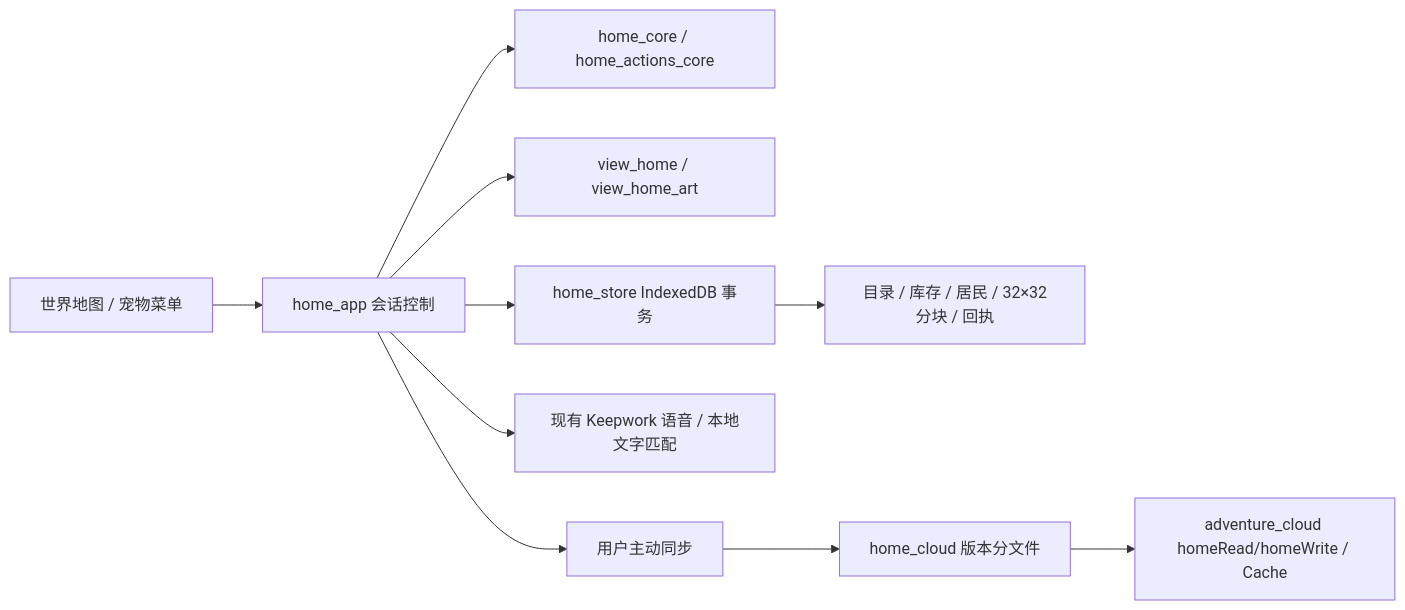
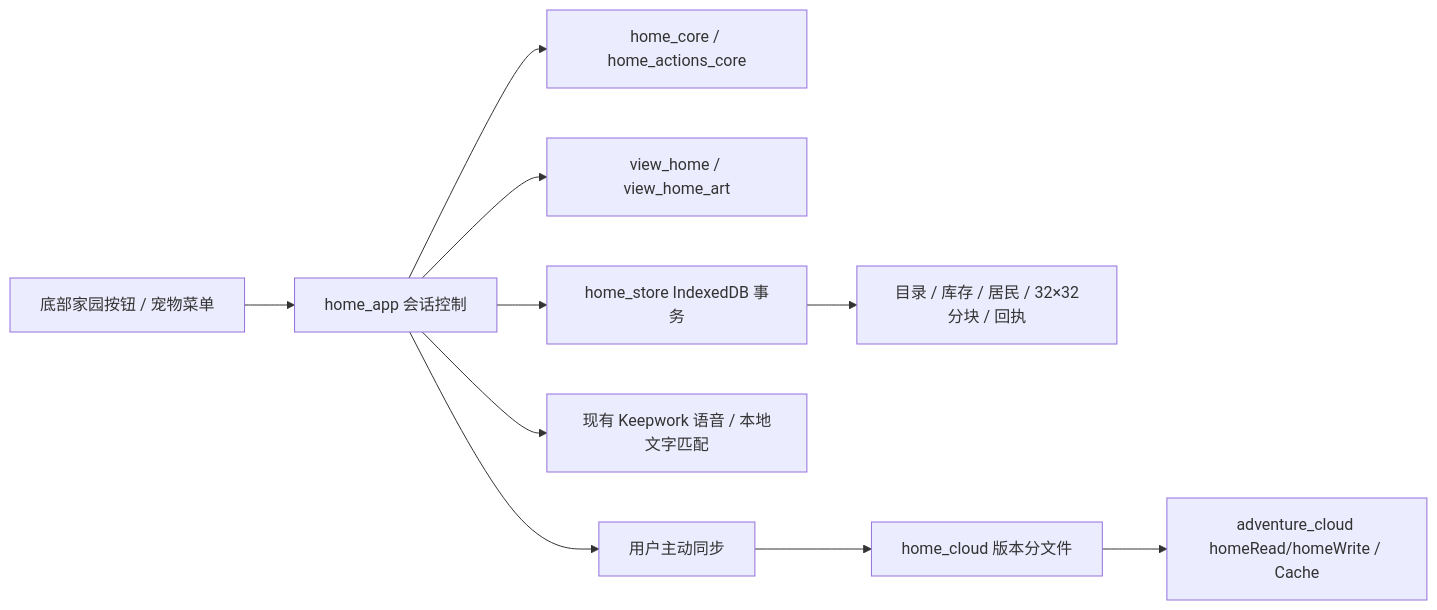
Before and after one commit to LiXizhi/HaqiWebTools: diagram 41 of 45 in HaqiCombatSim/docs/architecture.md, drawn with Mermaid. The commit also changed other lines of this file and 51 other files, not shown here.

````diff
--- a/HaqiCombatSim/docs/architecture.md
+++ b/HaqiCombatSim/docs/architecture.md
@@ -1192,12 +1192,12 @@
 ```mermaid
 flowchart LR
-    Entry[世界地图 / 宠物菜单] --> App[home_app 会话控制]
+    Entry[底部家园按钮 / 宠物菜单] --> App[home_app 会话控制]
     App --> Rules[home_core / home_actions_core]
     App --> View[view_home / view_home_art]
     App --> Local[home_store IndexedDB 事务]
     Local --> Parts[目录 / 库存 / 居民 / 32×32分块 / 回执]
     App --> Voice[现有 Keepwork 语音 / 本地文字匹配]
     App --> Manual[用户主动同步]
     Manual --> Cloud[home_cloud 版本分文件]
     Cloud --> Cache[adventure_cloud homeRead/homeWrite / Cache]
 ```
````
